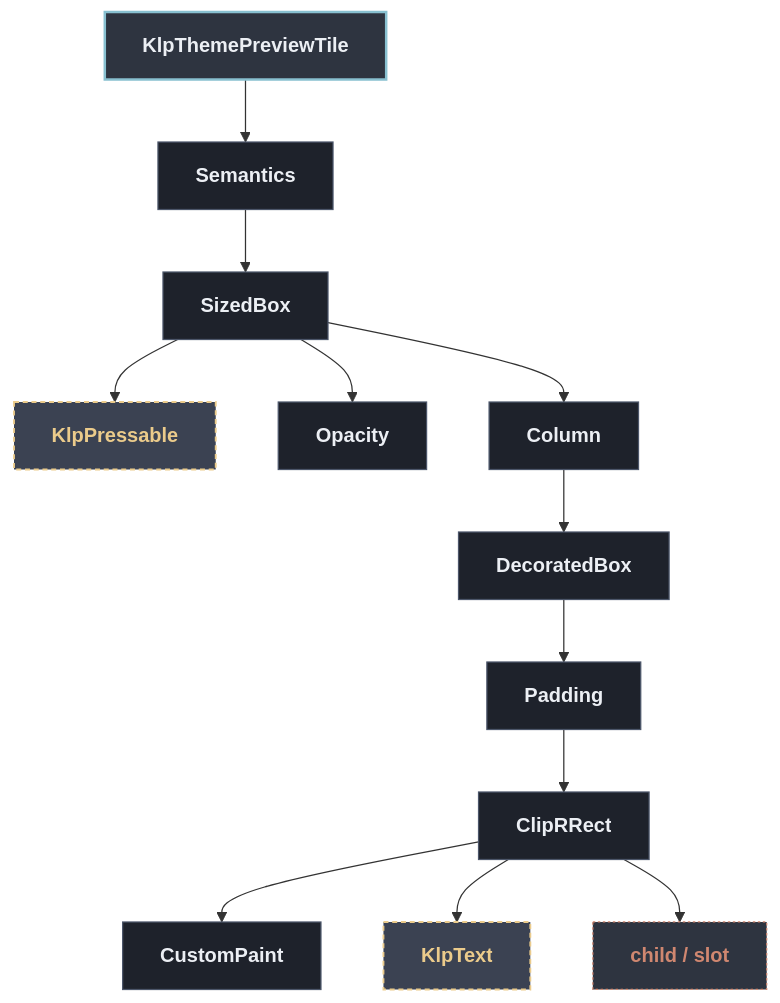
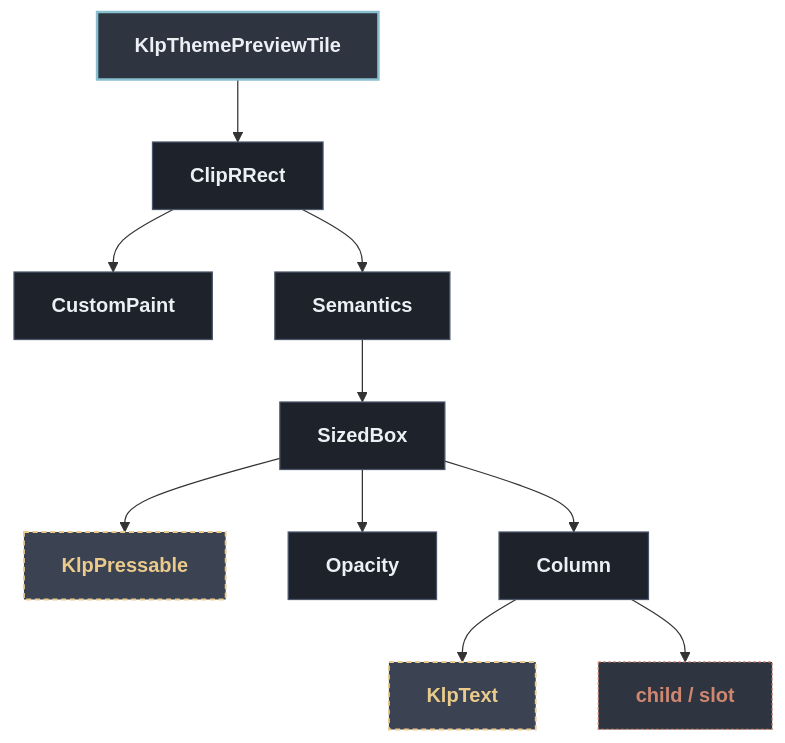
Before and after one commit to MiuDog/Kallopis: the diagram in docs/architecture/components/shell/klp_theme_preview_tile.md, drawn with Mermaid. The commit also changed other lines of this file and 123 other files, not shown here.

First line of the commit message:
docs(architecture): regenerate per-component trees, unbreak the generator

````diff
--- a/docs/architecture/components/shell/klp_theme_preview_tile.md
+++ b/docs/architecture/components/shell/klp_theme_preview_tile.md
@@ -13,32 +13,28 @@
 ```mermaid
 flowchart TD
   classDef default fill:#1E222B,stroke:#4C566A,stroke-width:1px,color:#ECEFF4;
   classDef root fill:#2E3440,stroke:#88C0D0,stroke-width:2px,color:#ECEFF4,font-weight:bold;
   classDef reference fill:#3B4252,stroke:#EBCB8B,stroke-width:1.5px,stroke-dasharray: 4 3,color:#EBCB8B;
   classDef container fill:#2E3440,stroke:#A3BE8C,stroke-width:1.5px,color:#A3BE8C;
   classDef slot fill:#2E3440,stroke:#D08770,stroke-width:1px,stroke-dasharray: 2 2,color:#D08770;
 
   root["KlpThemePreviewTile"]:::root
-  n1["Semantics"]
+  n1["ClipRRect"]
   root --> n1
-  n2["SizedBox"]
+  n2["CustomPaint"]
   n1 --> n2
-  n3["KlpPressable"]:::reference
-  n2 --> n3
-  n4["Opacity"]
-  n2 --> n4
-  n5["Column"]
-  n2 --> n5
-  n6["DecoratedBox"]
-  n5 --> n6
-  n7["Padding"]
-  n6 --> n7
-  n8["ClipRRect"]
+  n3["Semantics"]
+  n1 --> n3
+  n4["SizedBox"]
+  n3 --> n4
+  n5["KlpPressable"]:::reference
+  n4 --> n5
+  n6["Opacity"]
+  n4 --> n6
+  n7["Column"]
+  n4 --> n7
+  n8["KlpText"]:::reference
   n7 --> n8
-  n9["CustomPaint"]
-  n8 --> n9
-  n10["KlpText"]:::reference
-  n8 --> n10
-  n11["child / slot"]:::slot
-  n8 --> n11
+  n9["child / slot"]:::slot
+  n7 --> n9
 ```
````
